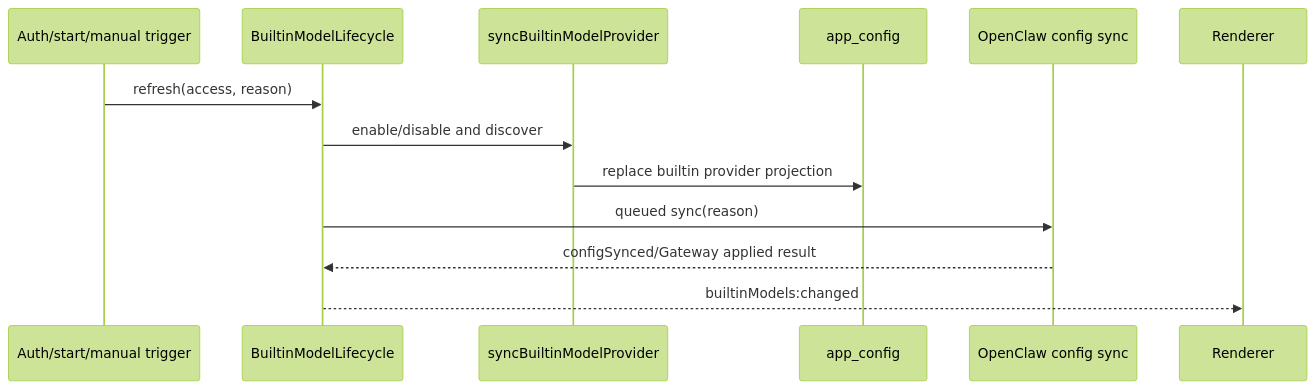
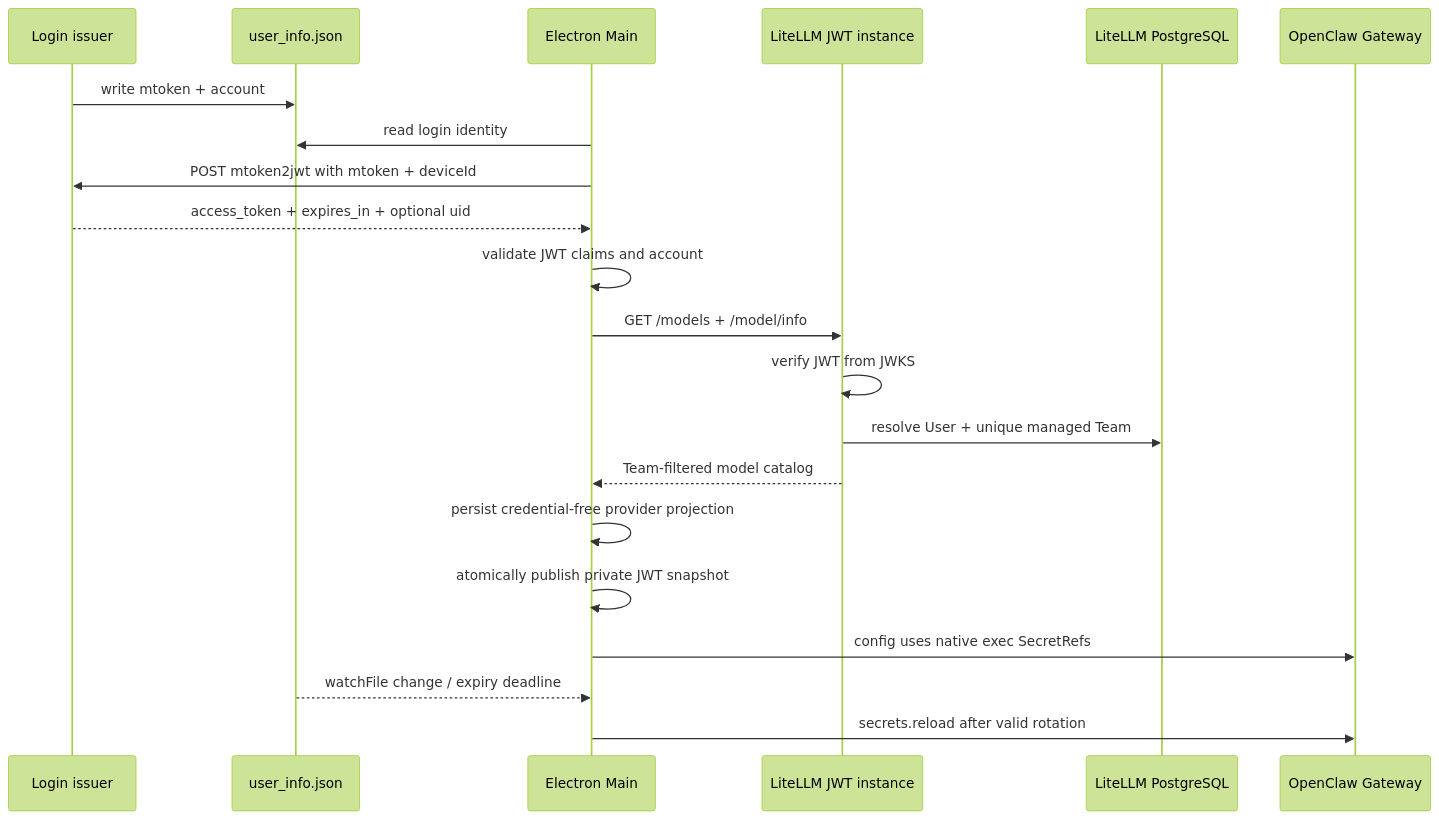
Before and after one commit to DuruoYusdy/JustDo: the diagram in docs/features/authentication-builtin-model-lifecycle.md, drawn with Mermaid (forest theme). The commit also changed other lines of this file and 98 other files, not shown here.

Commit message:
feat(security): authenticate LiteLLM users with JWT and managed teams

````diff
--- a/docs/features/authentication-builtin-model-lifecycle.md
+++ b/docs/features/authentication-builtin-model-lifecycle.md
@@ -25,15 +74,23 @@
 ```mermaid
 sequenceDiagram
-  participant A as Auth/start/manual trigger
-  participant L as BuiltinModelLifecycle
-  participant P as syncBuiltinModelProvider
-  participant DB as app_config
-  participant C as OpenClaw config sync
-  participant UI as Renderer
-  A->>L: refresh(access, reason)
-  L->>P: enable/disable and discover
-  P->>DB: replace builtin provider projection
-  L->>C: queued sync(reason)
-  C-->>L: configSynced/Gateway applied result
-  L-->>UI: builtinModels:changed
+  participant I as Login issuer
+  participant F as user_info.json
+  participant M as Electron Main
+  participant L as LiteLLM JWT instance
+  participant DB as LiteLLM PostgreSQL
+  participant G as OpenClaw Gateway
+  I->>F: write mtoken + account
+  M->>F: read login identity
+  M->>I: POST mtoken2jwt with mtoken + deviceId
+  I-->>M: access_token + expires_in + optional uid
+  M->>M: validate JWT claims and account
+  M->>L: GET /models + /model/info
+  L->>L: verify JWT from JWKS
+  L->>DB: resolve User + unique managed Team
+  L-->>M: Team-filtered model catalog
+  M->>M: persist credential-free provider projection
+  M->>M: atomically publish private JWT snapshot
+  M->>G: config uses native exec SecretRefs
+  F-->>M: watchFile change / expiry deadline
+  M->>G: secrets.reload after valid rotation
 ```
````
